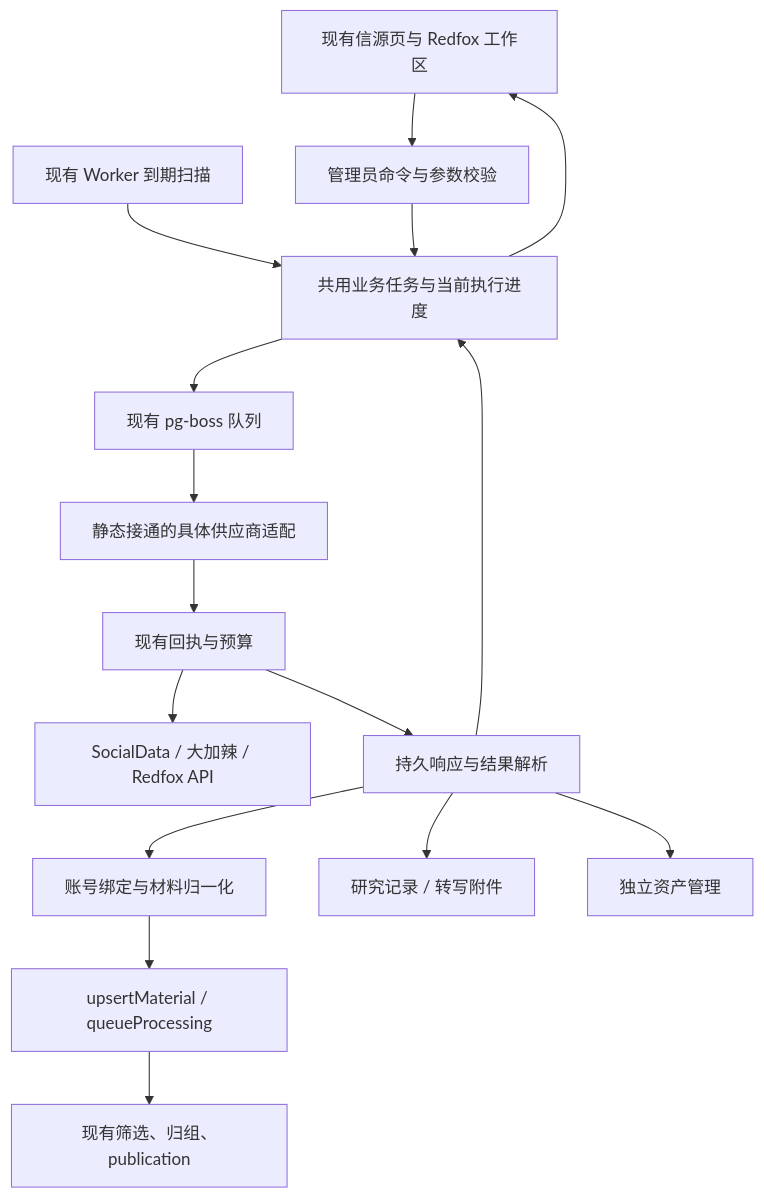
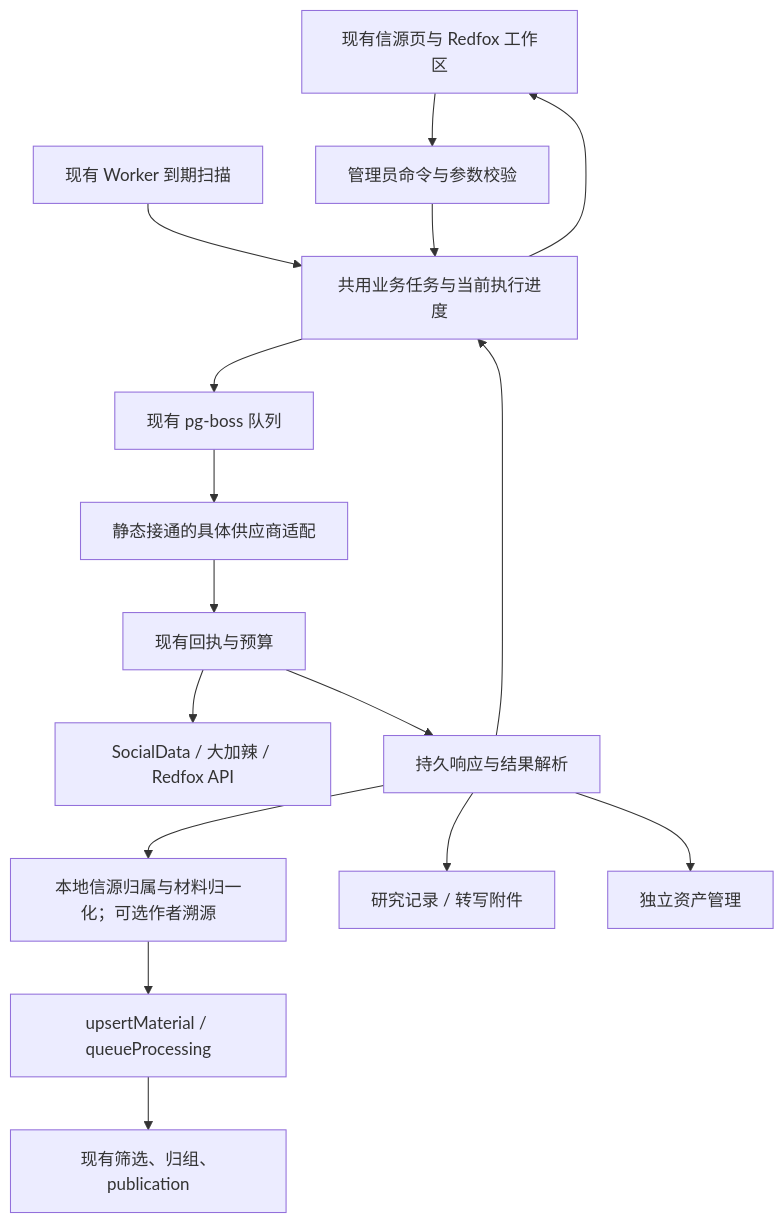
Before and after one commit to rankai/AIHOT: the diagram in docs/redfox-integration-plan.md, drawn with Mermaid. The commit also changed other lines of this file and 231 other files, not shown here.

````diff
--- a/docs/redfox-integration-plan.md
+++ b/docs/redfox-integration-plan.md
@@ -103,18 +107,18 @@
 ```mermaid
 flowchart TD
   A[现有信源页与 Redfox 工作区] --> B[管理员命令与参数校验]
   S[现有 Worker 到期扫描] --> R[共用业务任务与当前执行进度]
   B --> R
   R --> Q[现有 pg-boss 队列]
   Q --> P[静态接通的具体供应商适配]
   P --> C[现有回执与预算]
   C --> F[SocialData / 大加辣 / Redfox API]
   C --> E[持久响应与结果解析]
-  E --> U[账号绑定与材料归一化]
+  E --> U[本地信源归属与材料归一化；可选作者溯源]
   U --> M[upsertMaterial / queueProcessing]
   M --> N[现有筛选、归组、publication]
   E --> T[研究记录 / 转写附件]
   E --> G[独立资产管理]
   E --> R
   R --> A
 ```
````
